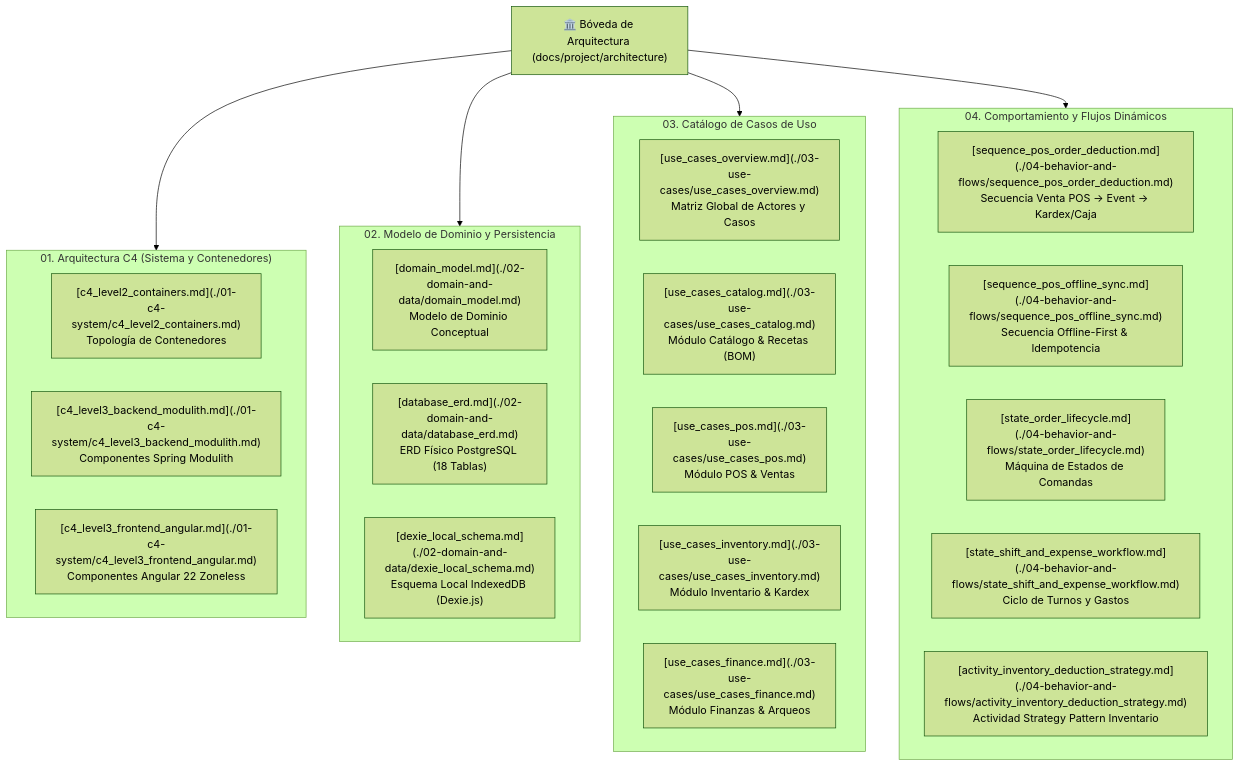
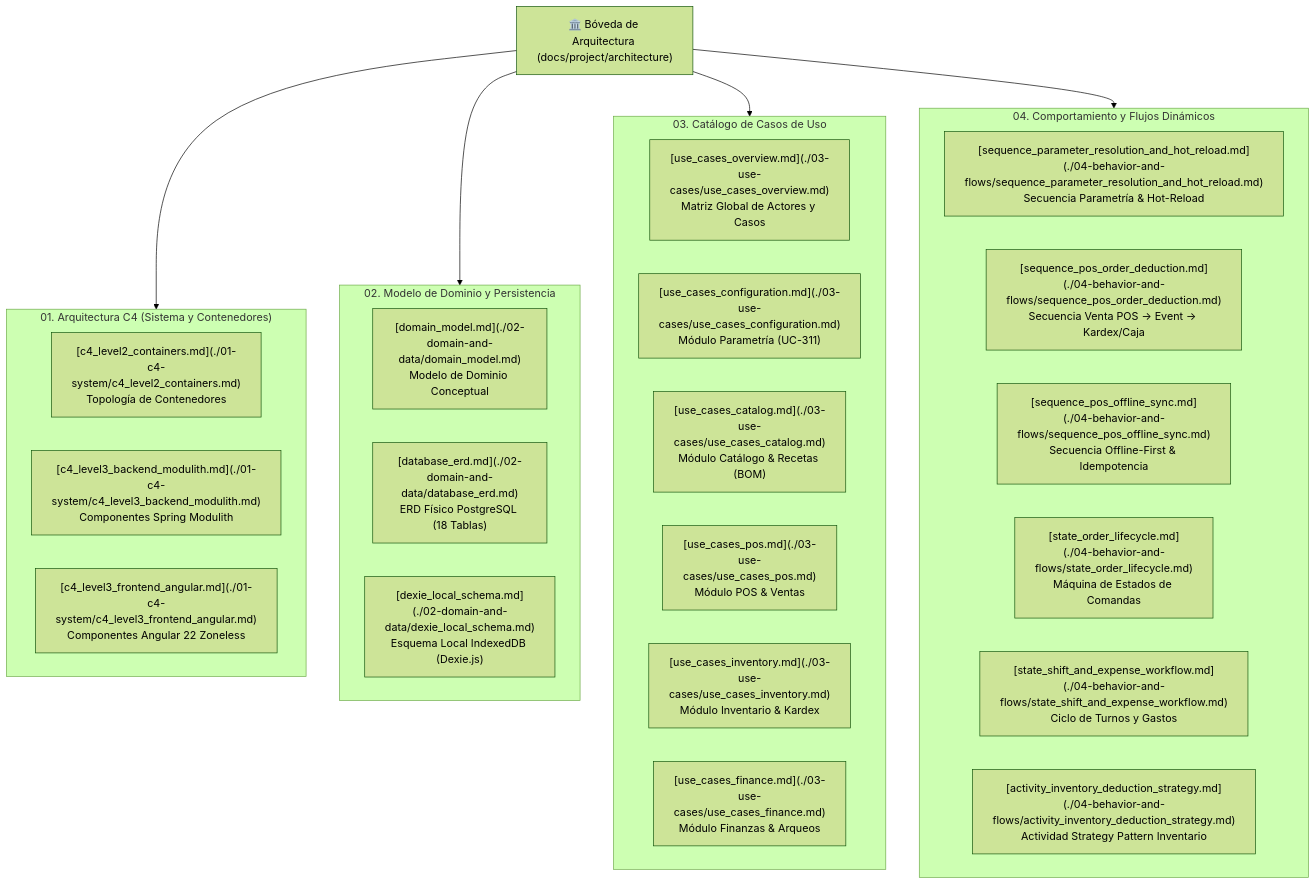
The diagram in docs/project/architecture/README.md (vakajose/gestion-restaurante), drawn with Mermaid (forest theme) before and after one commit. The commit also changed other lines of this file and 12 other files, not shown here.

Commit message:
docs(architecture): formalizar especificacion y diagramas de parametría multinivel (TASK-311)

````diff
--- a/docs/project/architecture/README.md
+++ b/docs/project/architecture/README.md
@@ -30,37 +30,39 @@
 ```mermaid
 graph TD
     Root["🏛️ Bóveda de Arquitectura (docs/project/architecture)"]
 
     subgraph SecC4["01. Arquitectura C4 (Sistema y Contenedores)"]
         C4_Cont["[c4_level2_containers.md](./01-c4-system/c4_level2_containers.md)<br/>Topología de Contenedores"]
         C4_Back["[c4_level3_backend_modulith.md](./01-c4-system/c4_level3_backend_modulith.md)<br/>Componentes Spring Modulith"]
         C4_Front["[c4_level3_frontend_angular.md](./01-c4-system/c4_level3_frontend_angular.md)<br/>Componentes Angular 22 Zoneless"]
     end
 
     subgraph SecData["02. Modelo de Dominio y Persistencia"]
         Dom_Model["[domain_model.md](./02-domain-and-data/domain_model.md)<br/>Modelo de Dominio Conceptual"]
         DB_ERD["[database_erd.md](./02-domain-and-data/database_erd.md)<br/>ERD Físico PostgreSQL (18 Tablas)"]
         Dexie_Schema["[dexie_local_schema.md](./02-domain-and-data/dexie_local_schema.md)<br/>Esquema Local IndexedDB (Dexie.js)"]
     end
 
     subgraph SecUC["03. Catálogo de Casos de Uso"]
         UC_Over["[use_cases_overview.md](./03-use-cases/use_cases_overview.md)<br/>Matriz Global de Actores y Casos"]
+        UC_Config["[use_cases_configuration.md](./03-use-cases/use_cases_configuration.md)<br/>Módulo Parametría (UC-311)"]
         UC_Cat["[use_cases_catalog.md](./03-use-cases/use_cases_catalog.md)<br/>Módulo Catálogo & Recetas (BOM)"]
         UC_POS["[use_cases_pos.md](./03-use-cases/use_cases_pos.md)<br/>Módulo POS & Ventas"]
         UC_Inv["[use_cases_inventory.md](./03-use-cases/use_cases_inventory.md)<br/>Módulo Inventario & Kardex"]
         UC_Fin["[use_cases_finance.md](./03-use-cases/use_cases_finance.md)<br/>Módulo Finanzas & Arqueos"]
     end
 
     subgraph SecBeh["04. Comportamiento y Flujos Dinámicos"]
+        Seq_Param["[sequence_parameter_resolution_and_hot_reload.md](./04-behavior-and-flows/sequence_parameter_resolution_and_hot_reload.md)<br/>Secuencia Parametría & Hot-Reload"]
         Seq_POS_Deduct["[sequence_pos_order_deduction.md](./04-behavior-and-flows/sequence_pos_order_deduction.md)<br/>Secuencia Venta POS -> Event -> Kardex/Caja"]
         Seq_Offline["[sequence_pos_offline_sync.md](./04-behavior-and-flows/sequence_pos_offline_sync.md)<br/>Secuencia Offline-First & Idempotencia"]
         State_Order["[state_order_lifecycle.md](./04-behavior-and-flows/state_order_lifecycle.md)<br/>Máquina de Estados de Comandas"]
         State_Shift["[state_shift_and_expense_workflow.md](./04-behavior-and-flows/state_shift_and_expense_workflow.md)<br/>Ciclo de Turnos y Gastos"]
         Act_Strategy["[activity_inventory_deduction_strategy.md](./04-behavior-and-flows/activity_inventory_deduction_strategy.md)<br/>Actividad Strategy Pattern Inventario"]
     end
 
     Root --> SecC4
     Root --> SecData
     Root --> SecUC
     Root --> SecBeh
 ```
````
